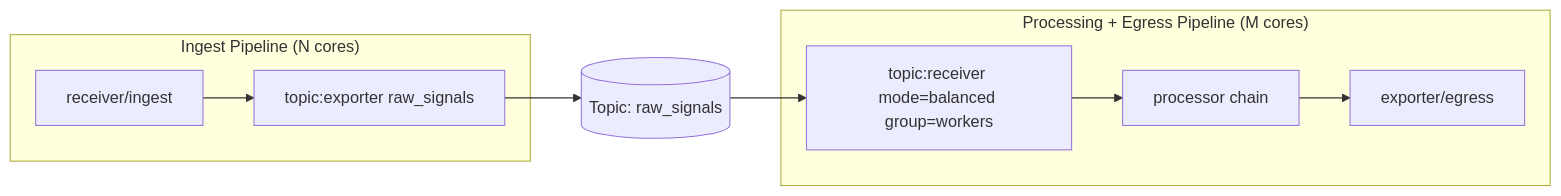
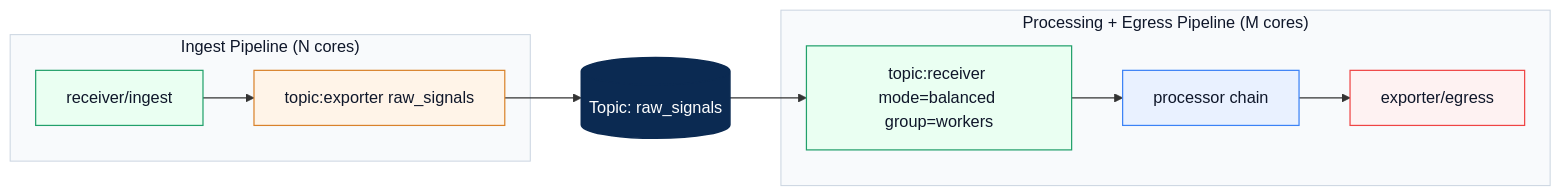
The first of 3 diagrams in rust/otap-dataflow/crates/engine/README.md (lquerel/otel-arrow), drawn with Mermaid before and after one commit. The commit also changed other lines of this file, not shown here.

Commit message:
Improve mermaid diagrams

````diff
--- a/rust/otap-dataflow/crates/engine/README.md
+++ b/rust/otap-dataflow/crates/engine/README.md
@@ -64,16 +64,30 @@
 ```mermaid
+%%{init: {"theme":"base","themeVariables":{"fontFamily":"ui-sans-serif,system-ui,-apple-system,'Segoe UI',Roboto,'Helvetica Neue',Arial","primaryTextColor":"#0f172a","lineColor":"#64748b","background":"#ffffff"},"flowchart":{"curve":"basis","nodeSpacing":36,"rankSpacing":52}}}%%
 flowchart LR
     subgraph ING["Ingest Pipeline (N cores)"]
       IR1["receiver/ingest"] --> IE1["topic:exporter raw_signals"]
     end
 
     T1[(Topic: raw_signals)]
 
     IE1 --> T1
 
     subgraph PROC["Processing + Egress Pipeline (M cores)"]
       PR1["topic:receiver mode=balanced group=workers"] --> PP1["processor chain"] --> PE1["exporter/egress"]
     end
 
     T1 --> PR1
+
+    classDef topic fill:#0b2a52,stroke:#0b2a52,color:#ffffff,stroke-width:1.5px;
+    classDef receiver fill:#eafff2,stroke:#22a06b,color:#0f172a,stroke-width:1.2px;
+    classDef exporter fill:#fff4e8,stroke:#d9822b,color:#0f172a,stroke-width:1.2px;
+    classDef processor fill:#e9f1ff,stroke:#3b82f6,color:#0f172a,stroke-width:1.2px;
+    classDef egress fill:#fef2f2,stroke:#ef4444,color:#0f172a,stroke-width:1.2px;
+    class IR1,PR1 receiver;
+    class IE1 exporter;
+    class PP1 processor;
+    class PE1 egress;
+    class T1 topic;
+    style ING fill:#f8fafc,stroke:#cbd5e1,stroke-width:1px,color:#0f172a;
+    style PROC fill:#f8fafc,stroke:#cbd5e1,stroke-width:1px,color:#0f172a;
 ```
````
